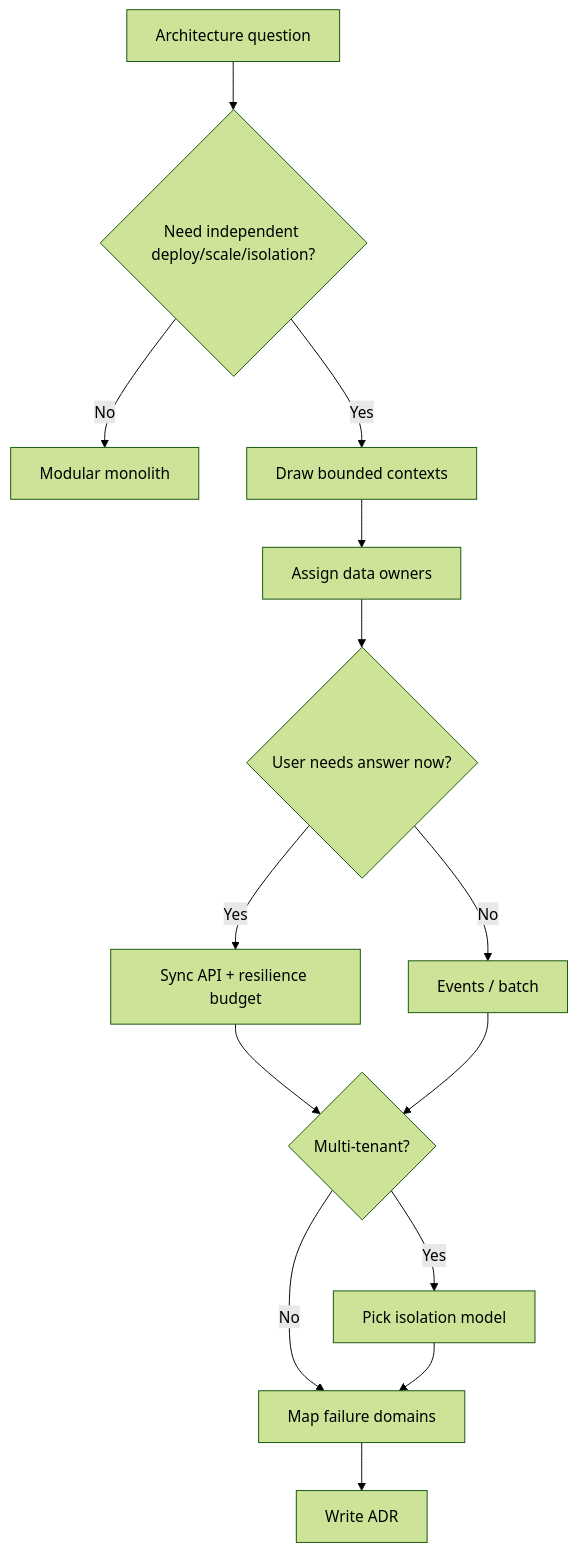
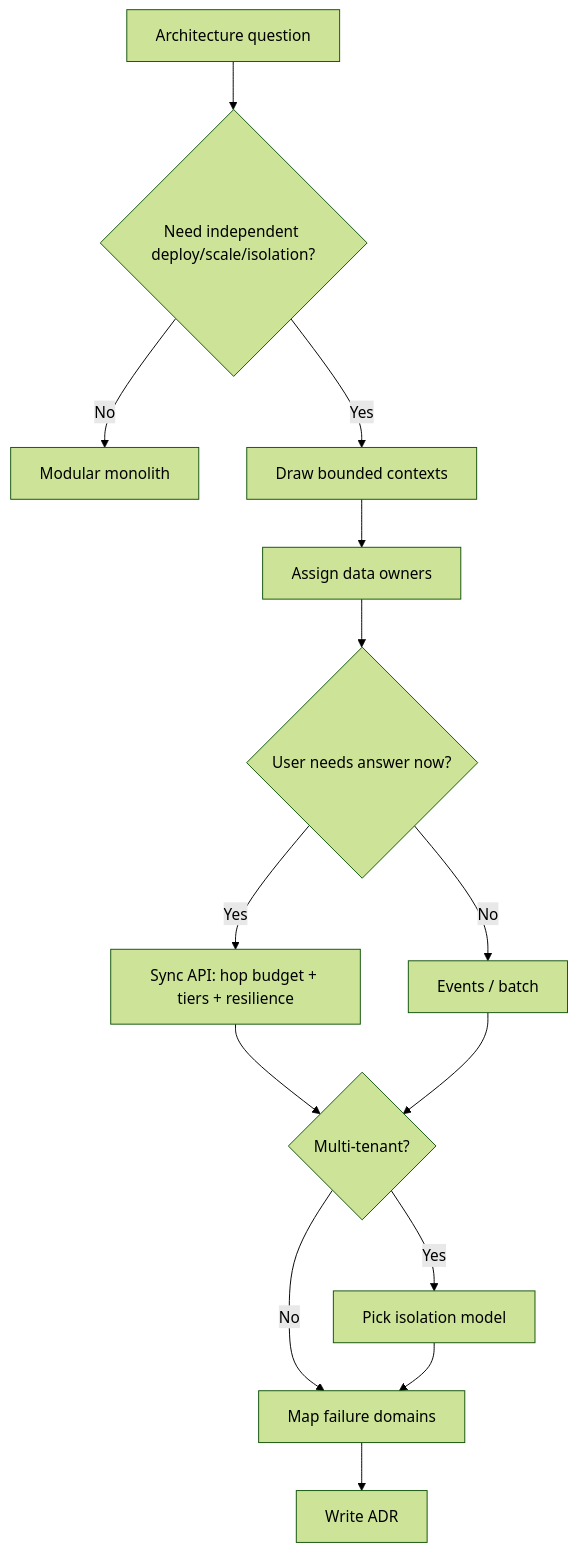
The diagram in architecture-decisions/includes/12-decision-guide.md (steve-duong1991/documents), drawn with Mermaid (forest theme) before and after one commit. The commit also changed other lines of this file and 23 other files, not shown here.

First line of the commit message:
Expand resilience patterns and bridge them into architecture decisions.

````diff
--- a/architecture-decisions/includes/12-decision-guide.md
+++ b/architecture-decisions/includes/12-decision-guide.md
@@ -11,16 +11,16 @@
 ```mermaid
 flowchart TD
     Start[Architecture question] --> Shape{Need independent deploy/scale/isolation?}
     Shape -->|No| Mod[Modular monolith]
     Shape -->|Yes| Bound[Draw bounded contexts]
     Bound --> Data[Assign data owners]
     Data --> Int{User needs answer now?}
-    Int -->|Yes| Sync[Sync API + resilience budget]
+    Int -->|Yes| Sync[Sync API: hop budget + tiers + resilience]
     Int -->|No| Async[Events / batch]
     Sync --> Ten{Multi-tenant?}
     Async --> Ten
     Ten -->|Yes| Iso[Pick isolation model]
     Ten -->|No| Fail[Map failure domains]
     Iso --> Fail
     Fail --> Rec[Write ADR]
 ```
````
